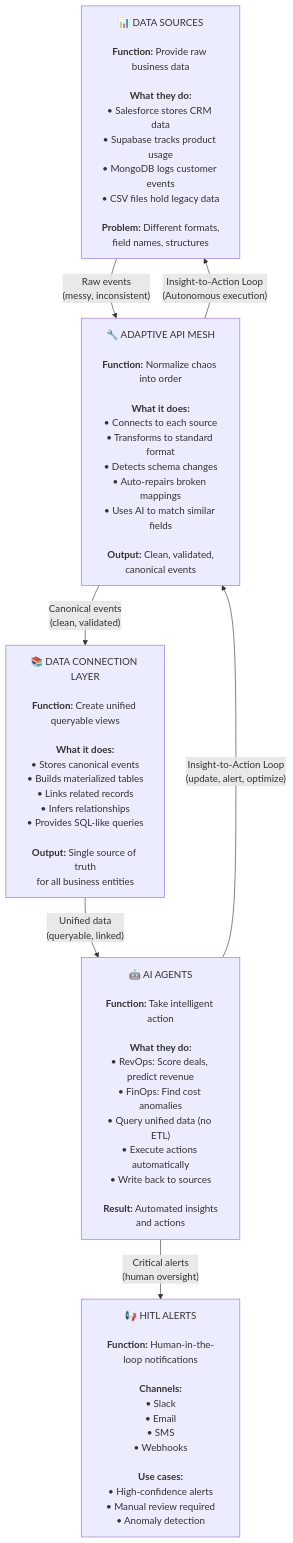
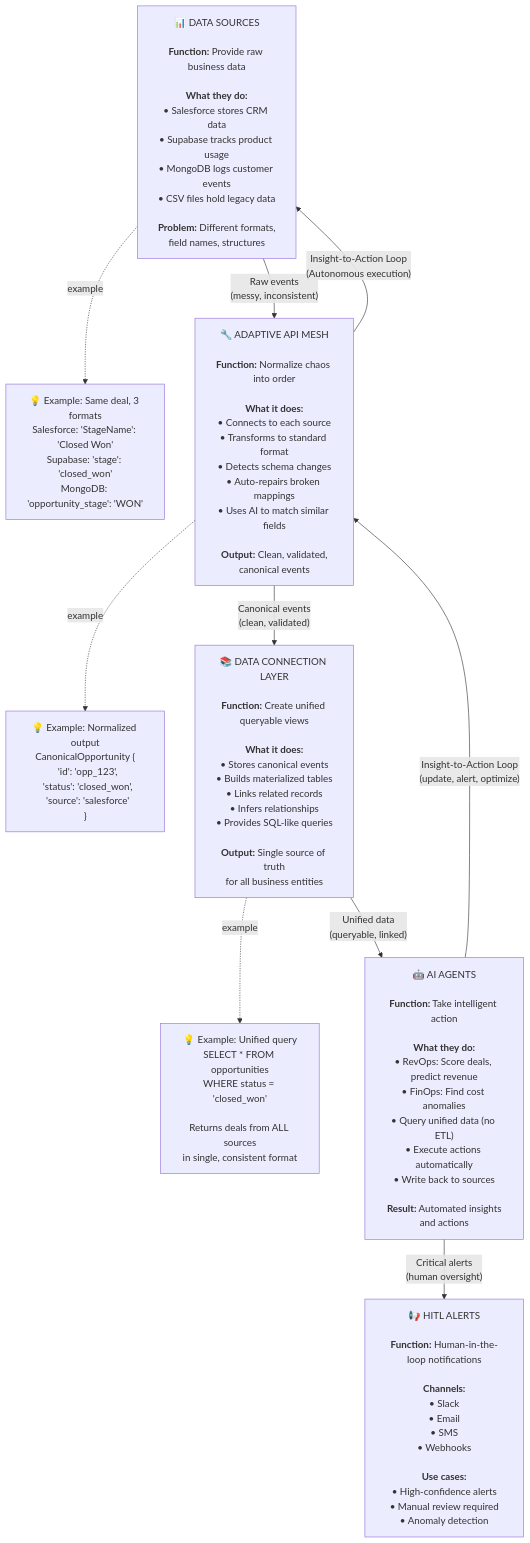
The first of 9 diagrams in ARCHITECTURE.md (ilyacantor/autonomos-platform), drawn with Mermaid before and after one commit. The commit also changed 1 other file, not shown here.

Commit message:
Add example callouts to the architecture diagram for clarity
Adds example callout boxes to the Data Sources, Adaptive API Mesh, and Data Connection Layer sections of the architecture diagram to illustrate data formats, normalization, and query examples.

Replit-Commit-Author: Agent
Replit-Commit-Session-Id: 64179410-7104-402f-9246-00d468411b94
Replit-Commit-Checkpoint-Type: full_checkpoint
Replit-Commit-Event-Id: 555080ac-9dba-4aaf-b903-d914124de072

````diff
--- a/ARCHITECTURE.md
+++ b/ARCHITECTURE.md
@@ -21,19 +21,29 @@
 ```mermaid
 flowchart TB
     DS["📊 DATA SOURCES<br/><br/><b>Function:</b> Provide raw business data<br/><br/><b>What they do:</b><br/>• Salesforce stores CRM data<br/>• Supabase tracks product usage<br/>• MongoDB logs customer events<br/>• CSV files hold legacy data<br/><br/><b>Problem:</b> Different formats,<br/>field names, structures"]
     
+    DS_EX["💡 Example: Same deal, 3 formats<br/>Salesforce: 'StageName': 'Closed Won'<br/>Supabase: 'stage': 'closed_won'<br/>MongoDB: 'opportunity_stage': 'WON'"]
+    
     AAM["🔧 ADAPTIVE API MESH<br/><br/><b>Function:</b> Normalize chaos into order<br/><br/><b>What it does:</b><br/>• Connects to each source<br/>• Transforms to standard format<br/>• Detects schema changes<br/>• Auto-repairs broken mappings<br/>• Uses AI to match similar fields<br/><br/><b>Output:</b> Clean, validated,<br/>canonical events"]
     
+    AAM_EX["💡 Example: Normalized output<br/>CanonicalOpportunity {<br/>  'id': 'opp_123',<br/>  'status': 'closed_won',<br/>  'source': 'salesforce'<br/>}"]
+    
     DCL["📚 DATA CONNECTION LAYER<br/><br/><b>Function:</b> Create unified queryable views<br/><br/><b>What it does:</b><br/>• Stores canonical events<br/>• Builds materialized tables<br/>• Links related records<br/>• Infers relationships<br/>• Provides SQL-like queries<br/><br/><b>Output:</b> Single source of truth<br/>for all business entities"]
+    
+    DCL_EX["💡 Example: Unified query<br/>SELECT * FROM opportunities<br/>WHERE status = 'closed_won'<br/><br/>Returns deals from ALL sources<br/>in single, consistent format"]
     
     AGENTS["🤖 AI AGENTS<br/><br/><b>Function:</b> Take intelligent action<br/><br/><b>What they do:</b><br/>• RevOps: Score deals, predict revenue<br/>• FinOps: Find cost anomalies<br/>• Query unified data (no ETL)<br/>• Execute actions automatically<br/>• Write back to sources<br/><br/><b>Result:</b> Automated insights<br/>and actions"]
     
     HITL["📢 HITL ALERTS<br/><br/><b>Function:</b> Human-in-the-loop notifications<br/><br/><b>Channels:</b><br/>• Slack<br/>• Email<br/>• SMS<br/>• Webhooks<br/><br/><b>Use cases:</b><br/>• High-confidence alerts<br/>• Manual review required<br/>• Anomaly detection"]
+    
+    DS -.->|"example"| DS_EX
+    AAM -.->|"example"| AAM_EX
+    DCL -.->|"example"| DCL_EX
     
     DS -->|"Raw events<br/>(messy, inconsistent)"| AAM
     AAM -->|"Canonical events<br/>(clean, validated)"| DCL
     DCL -->|"Unified data<br/>(queryable, linked)"| AGENTS
     AGENTS -->|"Insight-to-Action Loop<br/>(update, alert, optimize)"| AAM
     AAM -->|"Insight-to-Action Loop<br/>(Autonomous execution)"| DS
     AGENTS -->|"Critical alerts<br/>(human oversight)"| HITL
 ```
````
